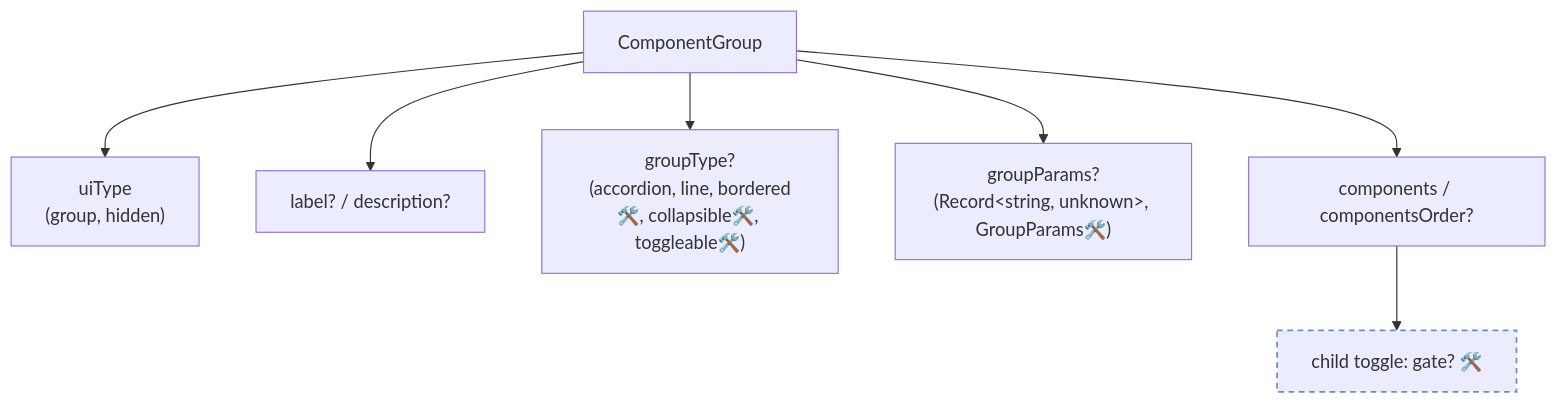
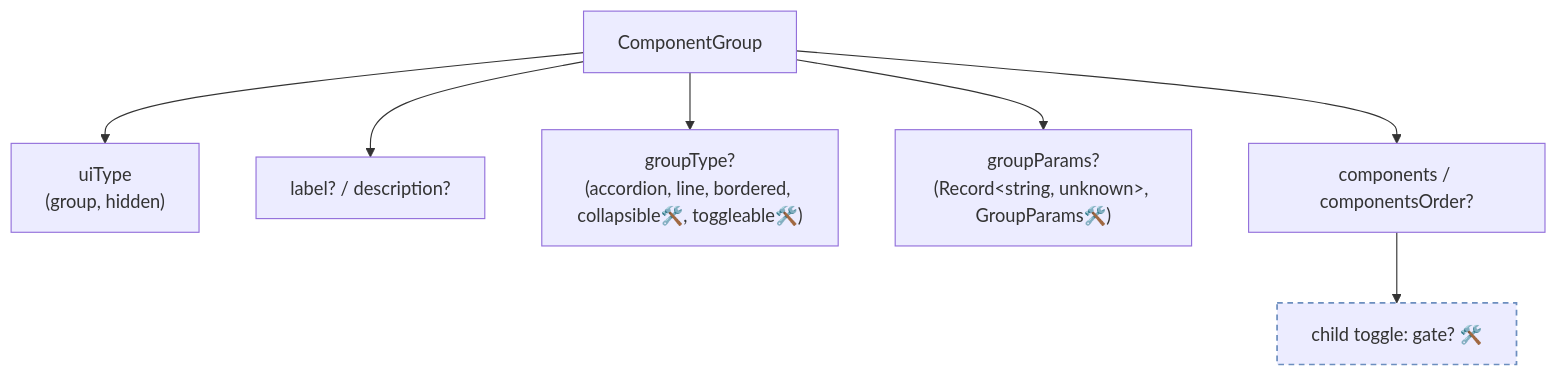
Before and after one commit to openeverest/openeverest: the second of 5 diagrams in docs/ui/architecture/ui-generator/schema-reference.md, drawn with Mermaid. The commit also changed other lines of this file and 9 other files, not shown here.

Commit message:
feat(ui-generator): add bordered group wrapper and update related documentation

````diff
--- a/docs/ui/architecture/ui-generator/schema-reference.md
+++ b/docs/ui/architecture/ui-generator/schema-reference.md
@@ -32,12 +32,12 @@
 ```mermaid
 flowchart TD
   G["ComponentGroup"] --> U["uiType<br/>(group, hidden)"]
   G --> LD["label? / description?"]
-  G --> GT["groupType?<br/>(accordion, line, bordered🛠️, collapsible🛠️, toggleable🛠️)"]
+  G --> GT["groupType?<br/>(accordion, line, bordered, collapsible🛠️, toggleable🛠️)"]
   G --> GP["groupParams?<br/>(Record&lt;string, unknown&gt;, GroupParams🛠️)"]
   G --> CH["components / componentsOrder?"]
   CH --> GATE["child toggle: gate? 🛠️"]
 
   classDef planned stroke-dasharray:5 4,stroke:#6c8ebf,stroke-width:1.5px;
   class GATE planned;
 ```
````
